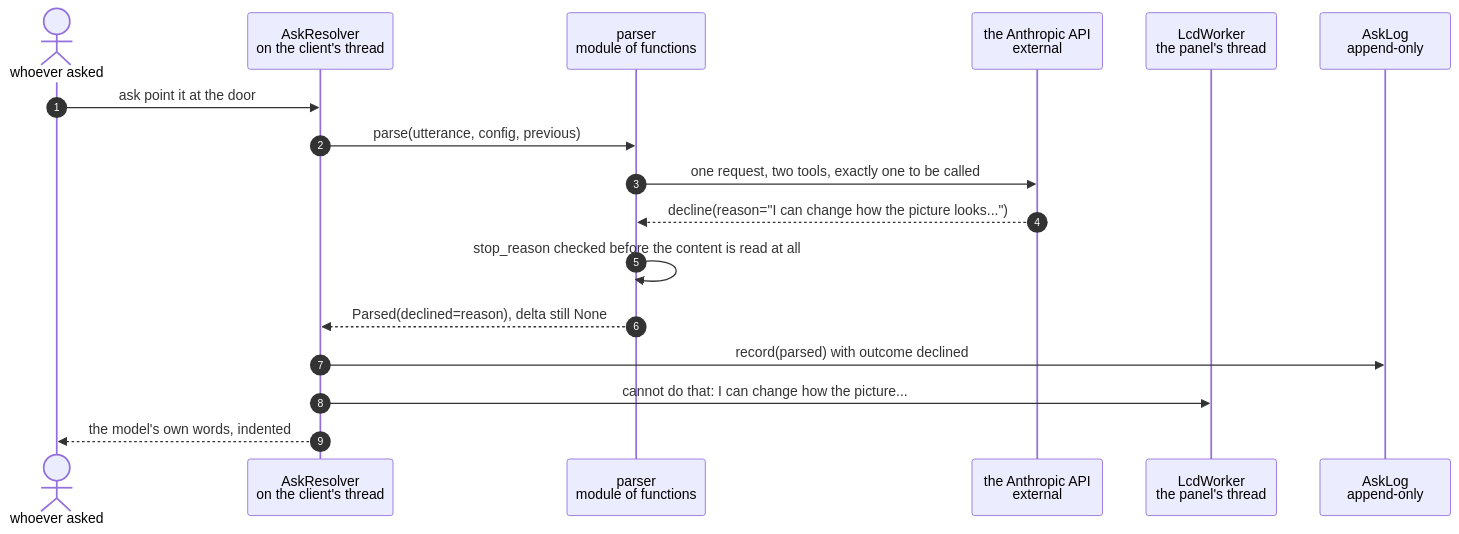
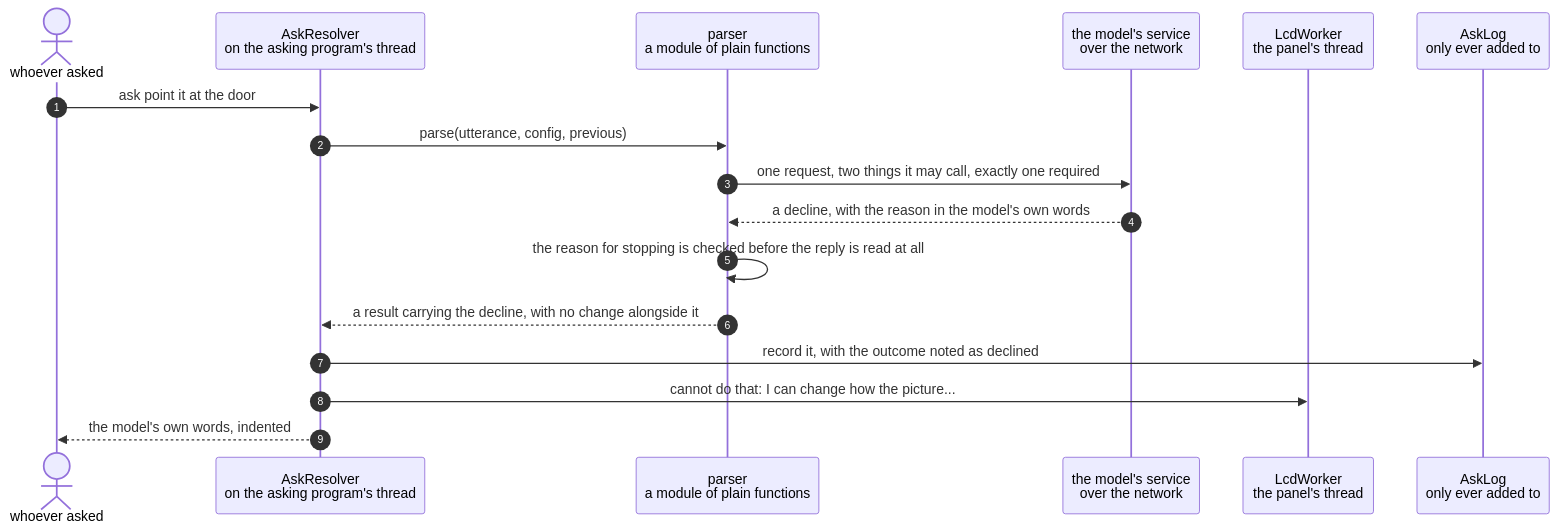
The diagram in docs/scenarios/the-language-model-declines-a-request-it-cannot-satisfy.md (replicant1/AsciiArt-Pi), drawn with Mermaid before and after one commit. The commit also changed other lines of this file and 4 other files, not shown here.

````diff
--- a/docs/scenarios/the-language-model-declines-a-request-it-cannot-satisfy.md
+++ b/docs/scenarios/the-language-model-declines-a-request-it-cannot-satisfy.md
@@ -31,20 +41,20 @@
 ```mermaid
 sequenceDiagram
     autonumber
     actor Asker as whoever asked
-    participant App as AskResolver<br/>on the client's thread
-    participant Pr as parser<br/>module of functions
-    participant API as the Anthropic API<br/>external
+    participant App as AskResolver<br/>on the asking program's thread
+    participant Pr as parser<br/>a module of plain functions
+    participant API as the model's service<br/>over the network
     participant Lcd as LcdWorker<br/>the panel's thread
-    participant Log as AskLog<br/>append-only
+    participant Log as AskLog<br/>only ever added to
 
     Asker->>App: ask point it at the door
     App->>Pr: parse(utterance, config, previous)
-    Pr->>API: one request, two tools, exactly one to be called
-    API-->>Pr: decline(reason="I can change how the picture looks...")
-    Pr->>Pr: stop_reason checked before the content is read at all
-    Pr-->>App: Parsed(declined=reason), delta still None
-    App->>Log: record(parsed) with outcome declined
+    Pr->>API: one request, two things it may call, exactly one required
+    API-->>Pr: a decline, with the reason in the model's own words
+    Pr->>Pr: the reason for stopping is checked before the reply is read at all
+    Pr-->>App: a result carrying the decline, with no change alongside it
+    App->>Log: record it, with the outcome noted as declined
     App->>Lcd: cannot do that: I can change how the picture...
     App-->>Asker: the model's own words, indented
 ```
````
